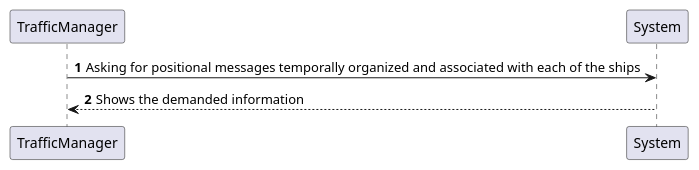
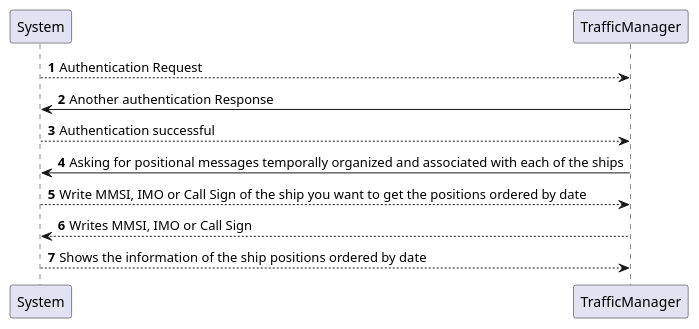
Before and after one commit to LourencoMelo/ISEP-LAPR3-ESINF: the diagram in Docs/Sprint1/US103/ssd.puml, drawn with PlantUML. The commit also changed 6 other files, not shown here.

```diff
--- a/Docs/Sprint1/US103/ssd.puml
+++ b/Docs/Sprint1/US103/ssd.puml
@@ -1,5 +1,10 @@
 @startuml
 autonumber
-TrafficManager-> System: Asking for positional messages temporally organized and associated with each of the ships
-System --> TrafficManager: Shows the demanded information
+System --> TrafficManager: Authentication Request
+TrafficManager -> System : Another authentication Response
+System --> TrafficManager : Authentication successful
+TrafficManager-> System : Asking for positional messages temporally organized and associated with each of the ships
+System --> TrafficManager : Write MMSI, IMO or Call Sign of the ship you want to get the positions ordered by date
+TrafficManager --> System : Writes MMSI, IMO or Call Sign
+System --> TrafficManager : Shows the information of the ship positions ordered by date
 @enduml
```
